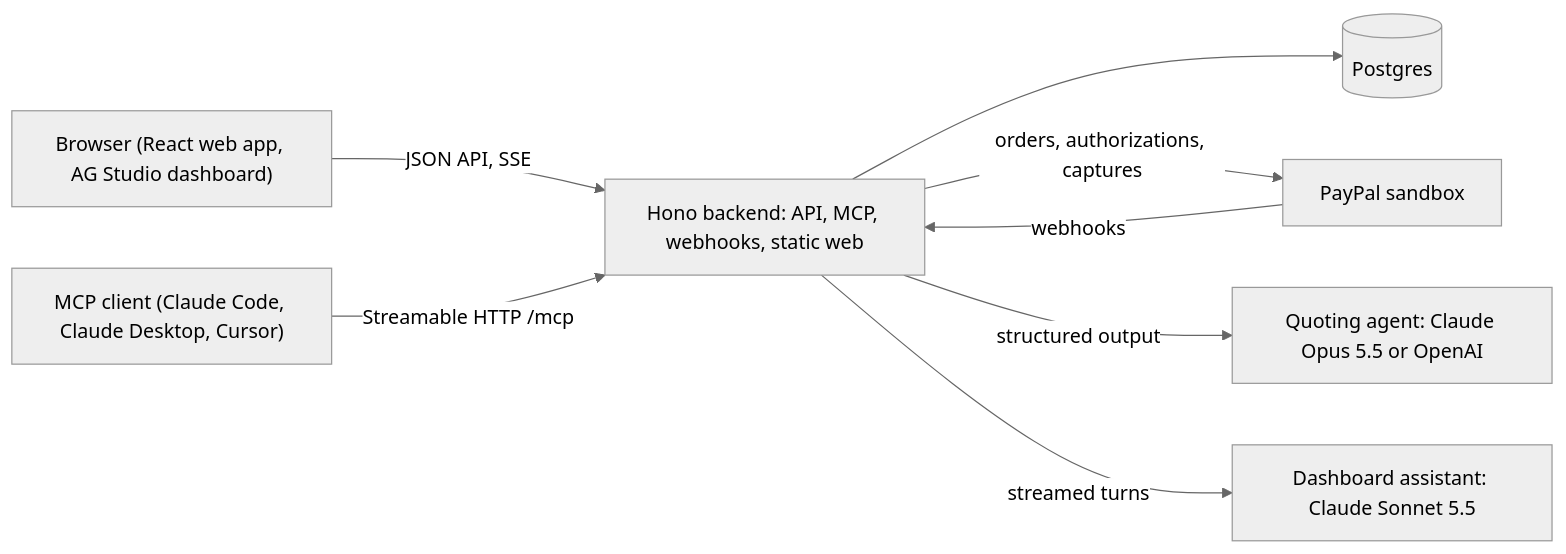
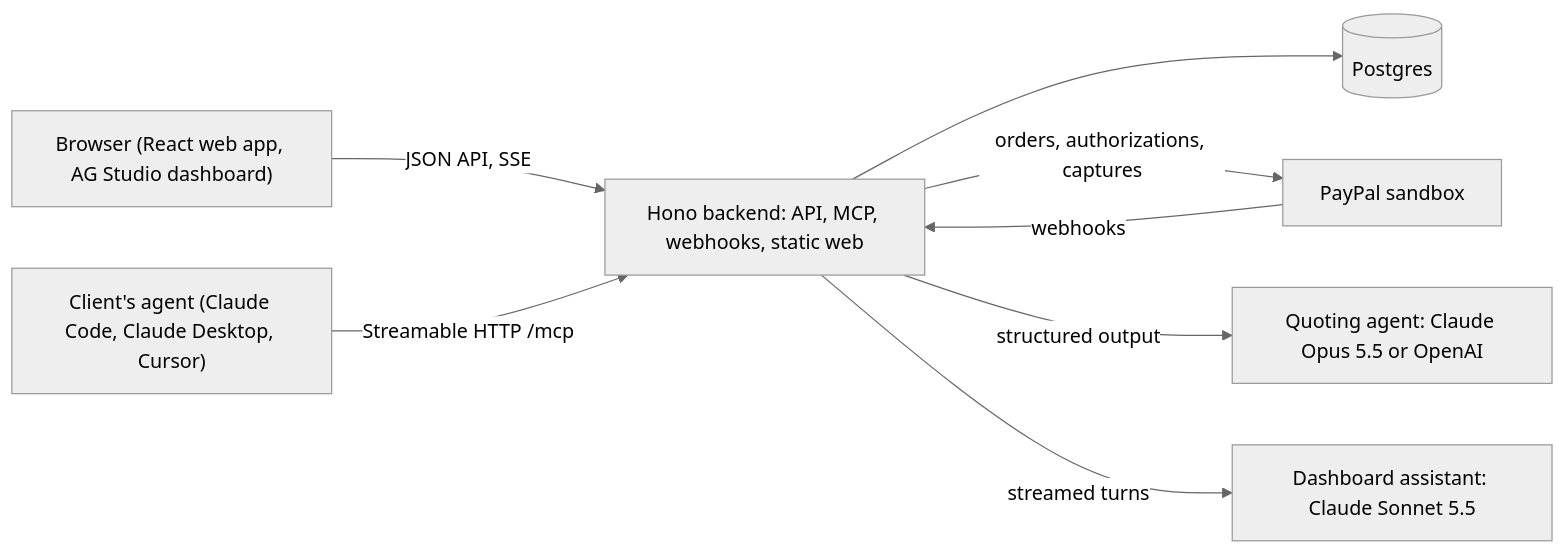
One commit to Walter102202/dealingwith-agent changed the diagram in README.md. Above: the diagram before and after it, drawn with Mermaid (neutral theme). The commit also changed other lines of this file, not shown here.

````diff
--- a/README.md
+++ b/README.md
@@ -122,10 +122,10 @@
 ```mermaid
 flowchart LR
   Browser["Browser (React web app, AG Studio dashboard)"] -->|JSON API, SSE| Backend["Hono backend: API, MCP, webhooks, static web"]
-  Agent["MCP client (Claude Code, Claude Desktop, Cursor)"] -->|Streamable HTTP /mcp| Backend
+  Agent["Client's agent (Claude Code, Claude Desktop, Cursor)"] -->|Streamable HTTP /mcp| Backend
   Backend --> DB[("Postgres")]
   Backend -->|orders, authorizations, captures| PayPal["PayPal sandbox"]
   PayPal -->|webhooks| Backend
   Backend -->|structured output| LLM["Quoting agent: Claude Opus 5.5 or OpenAI"]
   Backend -->|streamed turns| Assistant["Dashboard assistant: Claude Sonnet 5.5"]
 ```
````
